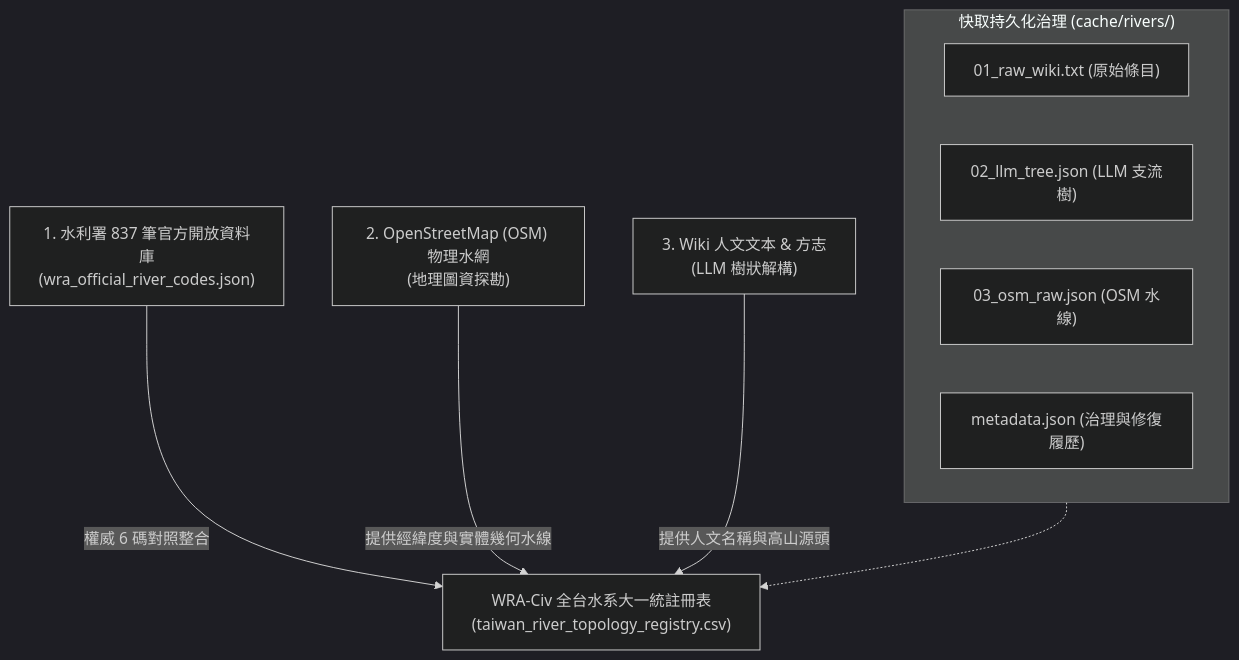
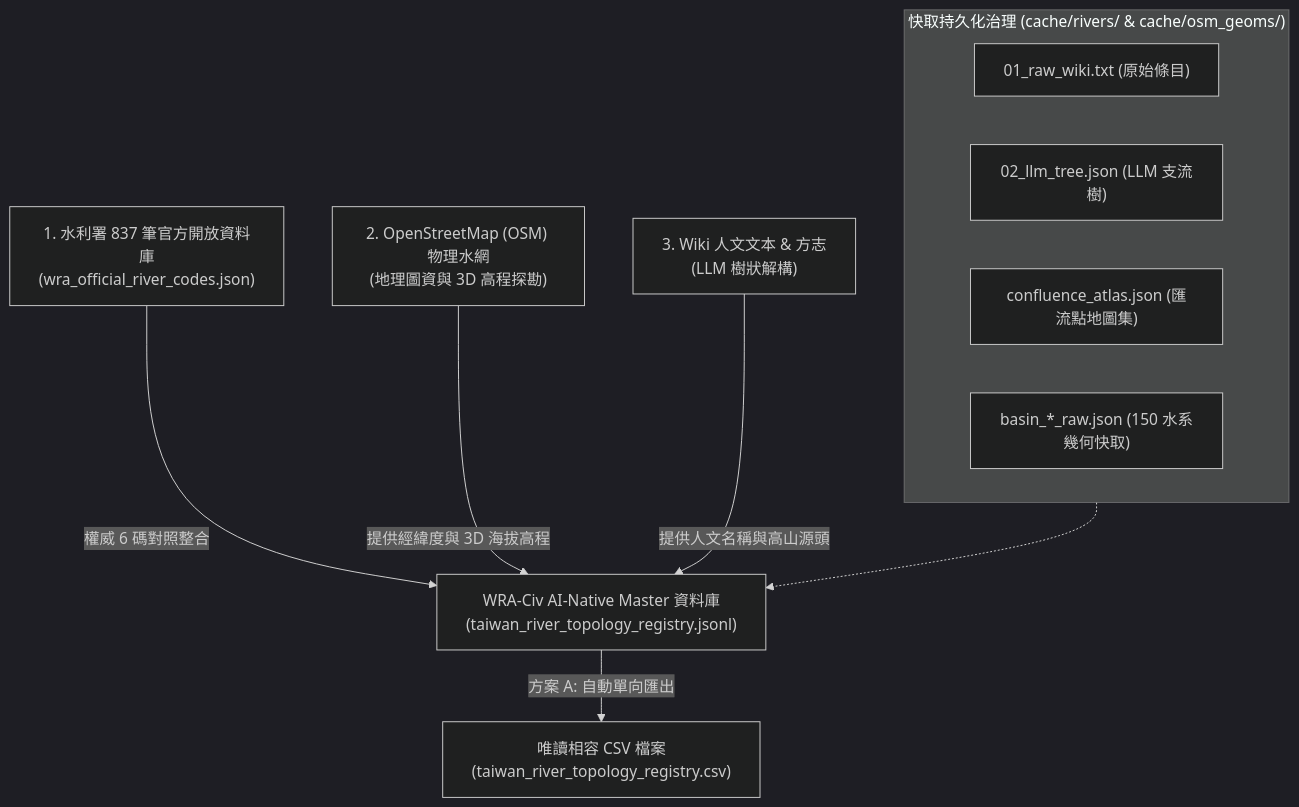
One commit to wuulong/RiverExploration changed the diagram in Chapter_11_6.md. Above: the diagram before and after it, drawn with Mermaid (dark theme). The commit also changed other lines of this file and 14 other files, not shown here.

First line of the commit message:
feat(v2.4): 發布 3D 水理拓樸數據大一統、AI-Native JSONL Master 數據庫與全套 CLI 工具升級

````diff
--- a/Chapter_11_6.md
+++ b/Chapter_11_6.md
@@ -13,15 +13,17 @@
 ```mermaid
 flowchart TD
-    A["1. 水利署 837 筆官方開放資料庫<br/>(wra_official_river_codes.json)"] -->|權威 6 碼對照整合| D["WRA-Civ 全台水系大一統註冊表<br/>(taiwan_river_topology_registry.csv)"]
-    B["2. OpenStreetMap (OSM) 物理水網<br/>(地理圖資探勘)"] -->|提供經緯度與實體幾何水線| D
+    A["1. 水利署 837 筆官方開放資料庫<br/>(wra_official_river_codes.json)"] -->|權威 6 碼對照整合| D["WRA-Civ AI-Native Master 資料庫<br/>(taiwan_river_topology_registry.jsonl)"]
+    B["2. OpenStreetMap (OSM) 物理水網<br/>(地理圖資與 3D 高程探勘)"] -->|提供經緯度與 3D 海拔高程| D
     C["3. Wiki 人文文本 & 方志<br/>(LLM 樹狀解構)"] -->|提供人文名稱與高山源頭| D
     
-    subgraph Governance ["快取持久化治理 (cache/rivers/)"]
-        E["01_raw_wiki.txt (原始條目)"]
-        F["02_llm_tree.json (LLM 支流樹)"]
-        G["03_osm_raw.json (OSM 水線)"]
-        H["metadata.json (治理與修復履歷)"]
+    D -->|方案 A: 自動單向匯出| E["唯讀相容 CSV 檔案<br/>(taiwan_river_topology_registry.csv)"]
+    
+    subgraph Governance ["快取持久化治理 (cache/rivers/ & cache/osm_geoms/)"]
+        F["01_raw_wiki.txt (原始條目)"]
+        G["02_llm_tree.json (LLM 支流樹)"]
+        H["confluence_atlas.json (匯流點地圖集)"]
+        I["basin_*_raw.json (150 水系幾何快取)"]
     end
     
     Governance -.-> D
 ```
````
